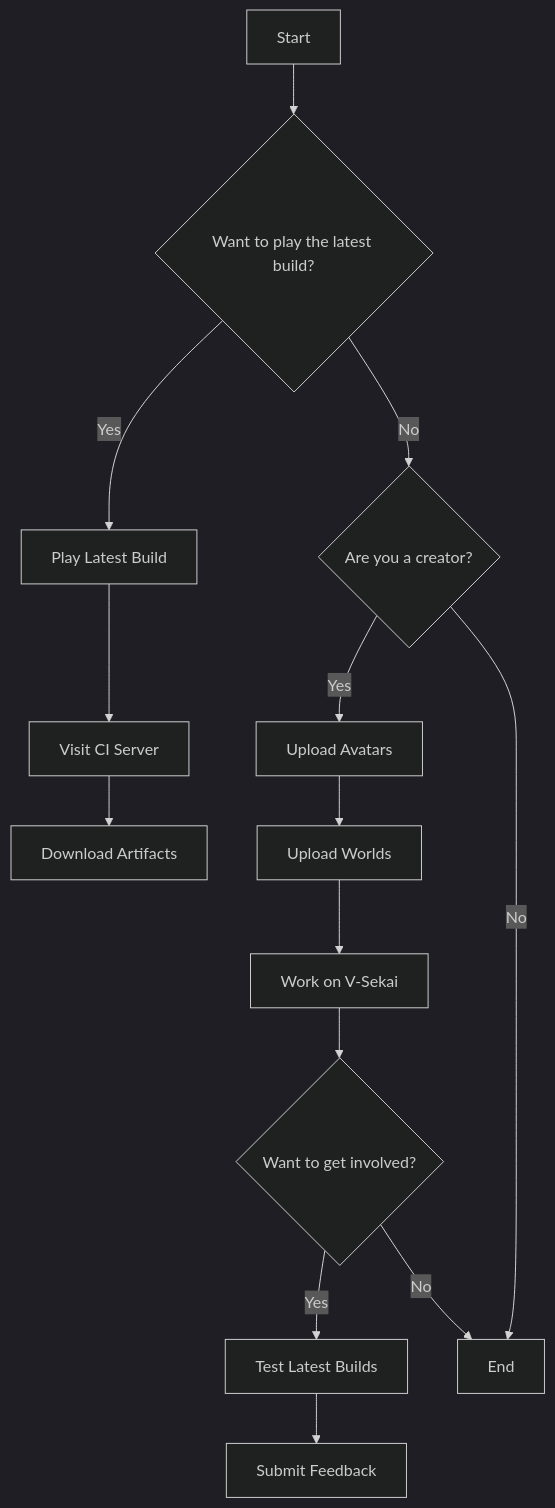
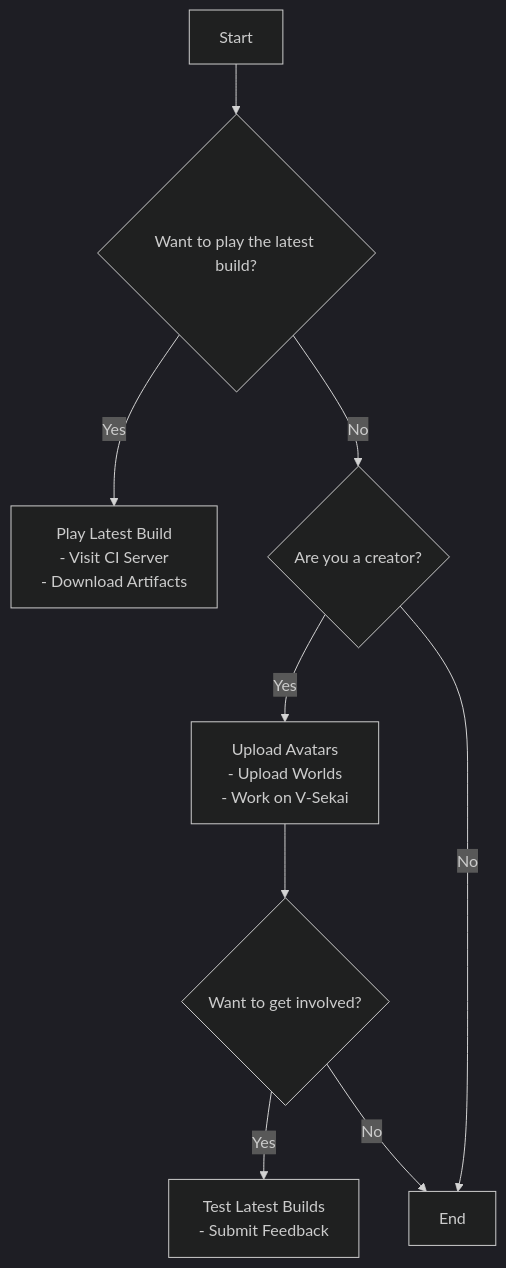
One commit to V-Sekai/.github changed the diagram in profile/README.md. Above: the diagram before and after it, drawn with Mermaid (dark theme).

Commit message:
Refactor profile README.md for improved readability and clarity

````diff
--- a/profile/README.md
+++ b/profile/README.md
@@ -10,16 +10,11 @@
 ```mermaid
 graph TD
     A[Start] --> J{Want to play the latest build?}
-    J -->|Yes| M[Play Latest Build]
-    M --> K[Visit CI Server]
-    K --> L[Download Artifacts]
+    J -->|Yes| M[Play Latest Build<br/>- Visit CI Server<br/>- Download Artifacts]
     J -->|No| B{Are you a creator?}
-    B -->|Yes| C[Upload Avatars]
-    C --> D[Upload Worlds]
-    D --> E[Work on V-Sekai]
-    E --> F{Want to get involved?}
-    F -->|Yes| H[Test Latest Builds]
-    H --> I[Submit Feedback]
+    B -->|Yes| C[Upload Avatars<br/>- Upload Worlds<br/>- Work on V-Sekai]
+    C --> F{Want to get involved?}
+    F -->|Yes| H[Test Latest Builds<br/>- Submit Feedback]
     F -->|No| Y[End]
     B -->|No| Y[End]
 ```
````
